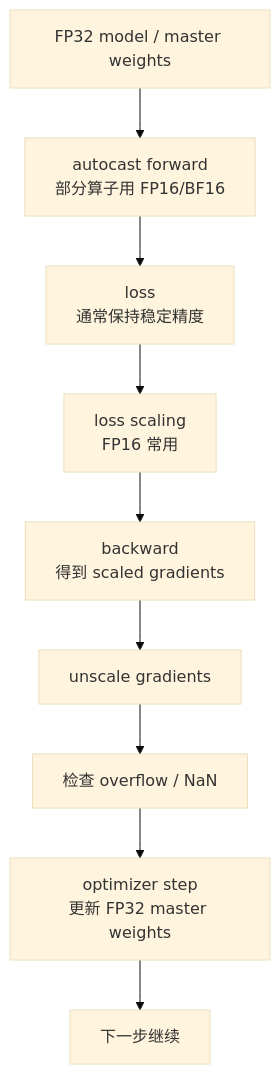
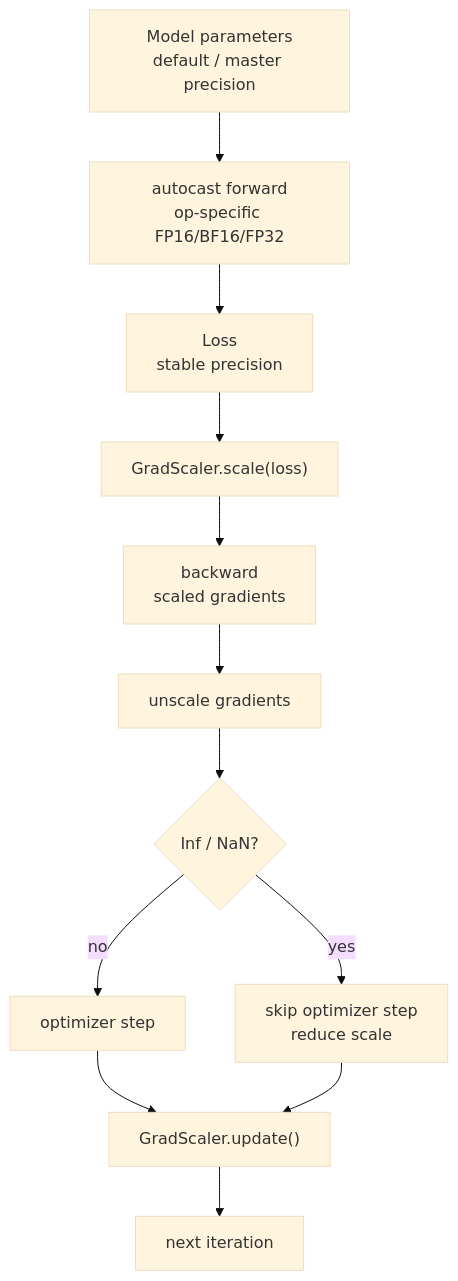
One commit to AmourSec/aikg changed the diagram in docs/04-training-systems/mixed-precision-training.md. Above: the diagram before and after it, drawn with Mermaid (base theme). The commit also changed other lines of this file and 5 other files, not shown here.

````diff
--- a/docs/04-training-systems/mixed-precision-training.md
+++ b/docs/04-training-systems/mixed-precision-training.md
@@ -116,11 +332,14 @@
 ```mermaid
 flowchart TB
-    A["FP32 model / master weights"] --> B["autocast forward<br/>部分算子用 FP16/BF16"]
-    B --> C["loss<br/>通常保持稳定精度"]
-    C --> D["loss scaling<br/>FP16 常用"]
-    D --> E["backward<br/>得到 scaled gradients"]
+    A["Model parameters<br/>default / master precision"] --> B["autocast forward<br/>op-specific FP16/BF16/FP32"]
+    B --> C["Loss<br/>stable precision"]
+    C --> D["GradScaler.scale(loss)"]
+    D --> E["backward<br/>scaled gradients"]
     E --> F["unscale gradients"]
-    F --> G["检查 overflow / NaN"]
-    G --> H["optimizer step<br/>更新 FP32 master weights"]
-    H --> I["下一步继续"]
+    F --> G{"Inf / NaN?"}
+    G -- "yes" --> H["skip optimizer step<br/>reduce scale"]
+    G -- "no" --> I["optimizer step"]
+    I --> J["GradScaler.update()"]
+    H --> J
+    J --> K["next iteration"]
 ```
````
